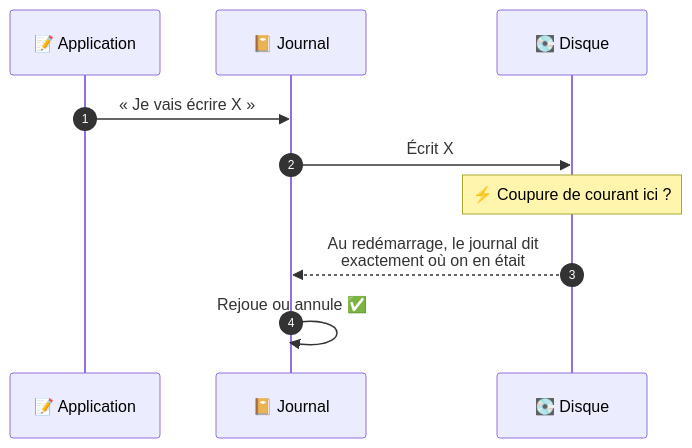
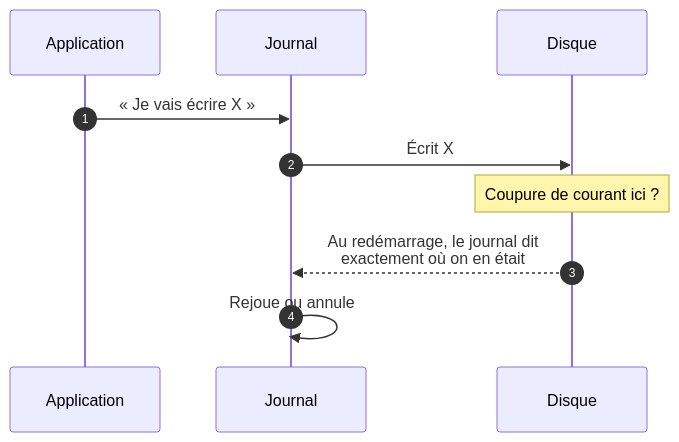
The second of 3 diagrams in methodologie-securite-it/linux/08-systemes-de-fichiers.md (GoobyWoobies/HEIA-IT), drawn with Mermaid before and after one commit. The commit also changed other lines of this file and 24 other files, not shown here.

````diff
--- a/methodologie-securite-it/linux/08-systemes-de-fichiers.md
+++ b/methodologie-securite-it/linux/08-systemes-de-fichiers.md
@@ -106,13 +106,13 @@
 ```mermaid
 sequenceDiagram
     autonumber
-    participant A as 📝 Application
-    participant J as 📔 Journal
-    participant D as 💽 Disque
+    participant A as Application
+    participant J as Journal
+    participant D as Disque
 
     A->>J: « Je vais écrire X »
     J->>D: Écrit X
-    Note over D: ⚡ Coupure de courant ici ?
+    Note over D: Coupure de courant ici ?
     D-->>J: Au redémarrage, le journal dit<br/>exactement où on en était
-    J->>J: Rejoue ou annule ✅
+    J->>J: Rejoue ou annule
 ```
````
